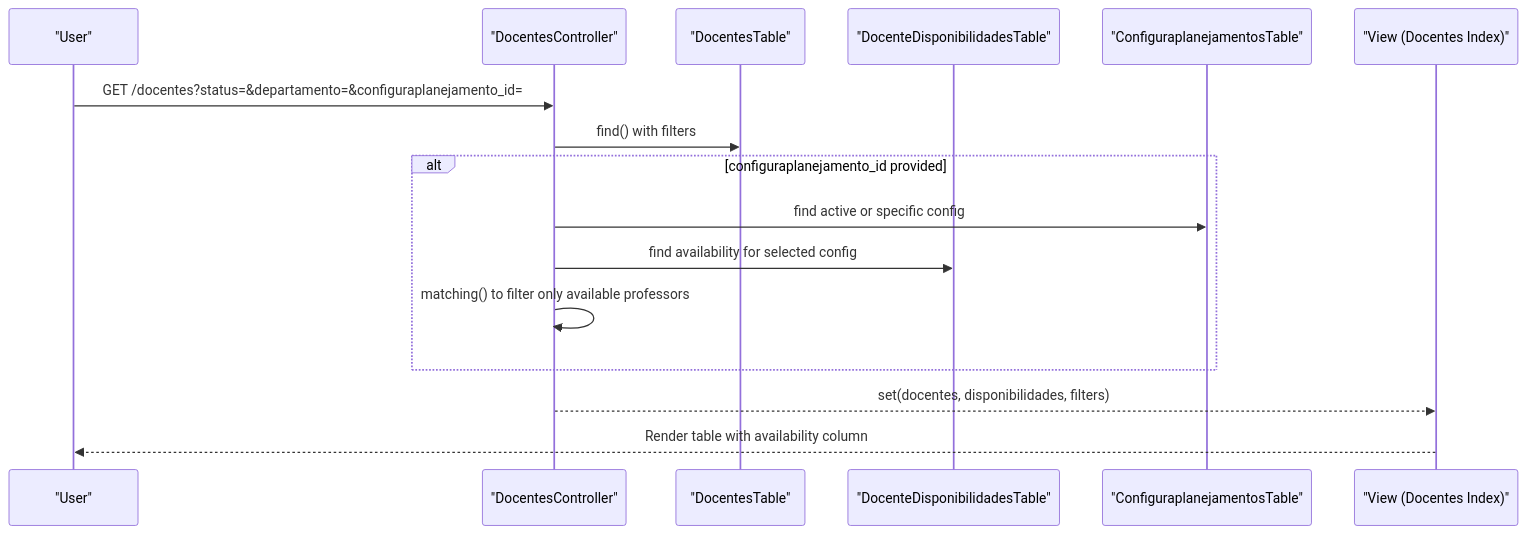
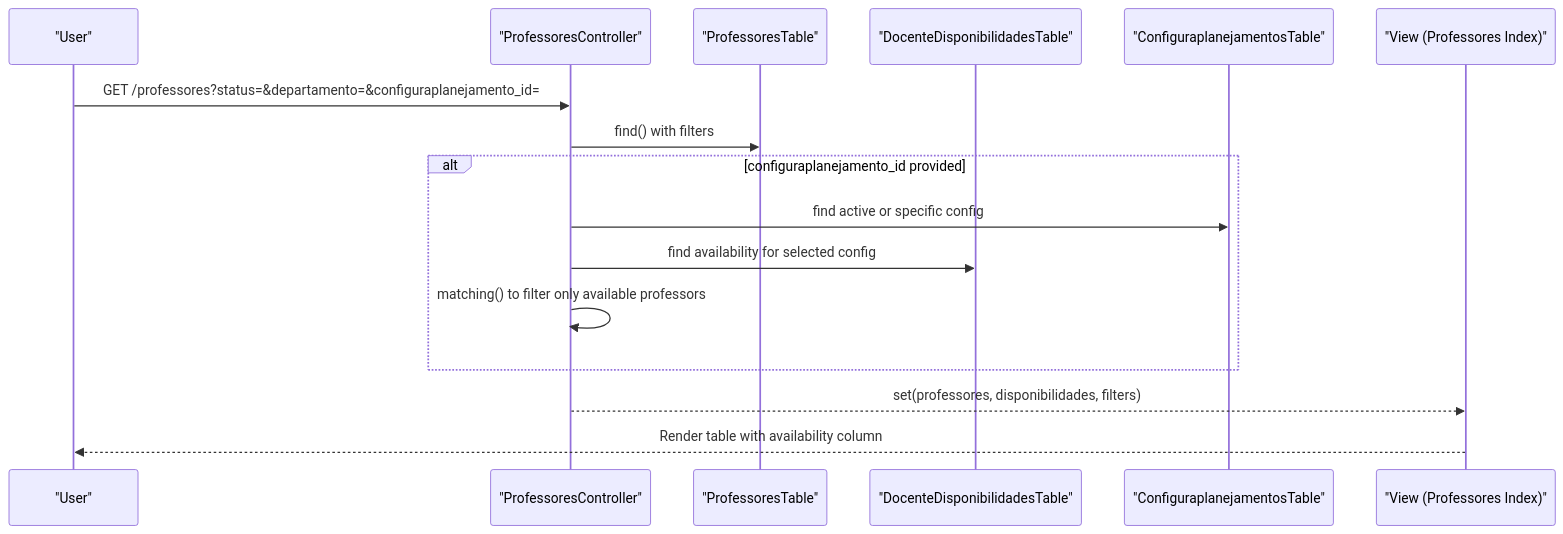
The second of 9 diagrams in .qoder/repowiki/en/content/Project Overview/Core Features Overview/Faculty Management/Faculty Management.md (luiseduacosta/planejamento5), drawn with Mermaid before and after one commit. The commit also changed other lines of this file and 37 other files, not shown here.

Commit message:
repowiki: rename Docentes → Professores in metadata

````diff
--- a/.qoder/repowiki/en/content/Project Overview/Core Features Overview/Faculty Management/Faculty Management.md
+++ b/.qoder/repowiki/en/content/Project Overview/Core Features Overview/Faculty Management/Faculty Management.md
@@ -164,18 +164,18 @@
 ```mermaid
 sequenceDiagram
 participant U as "User"
-participant C as "DocentesController"
-participant T as "DocentesTable"
+participant C as "ProfessoresController"
+participant T as "ProfessoresTable"
 participant DT as "DocenteDisponibilidadesTable"
 participant CT as "ConfiguraplanejamentosTable"
-participant V as "View (Docentes Index)"
-U->>C : GET /docentes?status=&departamento=&configuraplanejamento_id=
+participant V as "View (Professores Index)"
+U->>C : GET /professores?status=&departamento=&configuraplanejamento_id=
 C->>T : find() with filters
 alt configuraplanejamento_id provided
 C->>CT : find active or specific config
 C->>DT : find availability for selected config
 C->>C : matching() to filter only available professors
 end
-C-->>V : set(docentes, disponibilidades, filters)
+C-->>V : set(professores, disponibilidades, filters)
 V-->>U : Render table with availability column
 ```
````
